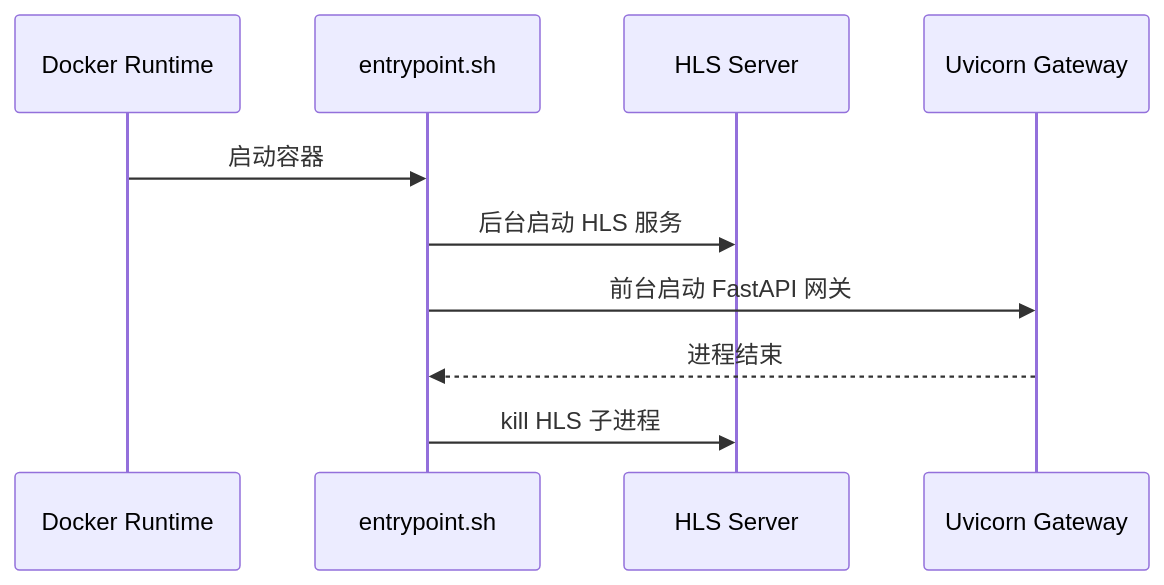
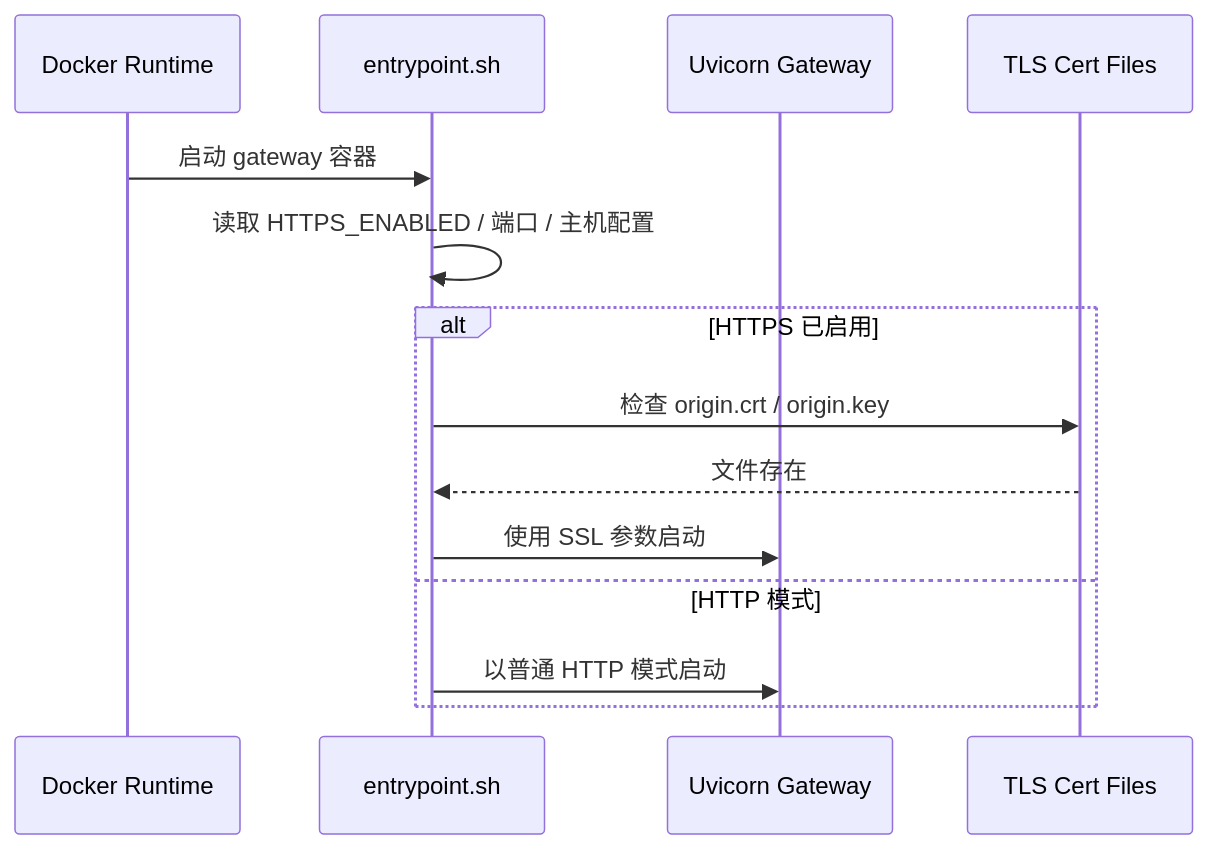
Before and after one commit to 24-Fahed/Live-Project: the third of 6 diagrams in docs/docker-deployment.md, drawn with Mermaid. The commit also changed other lines of this file and 13 other files, not shown here.

````diff
--- a/docs/docker-deployment.md
+++ b/docs/docker-deployment.md
@@ -71,13 +81,17 @@
 ```mermaid
 sequenceDiagram
     participant Docker as Docker Runtime
     participant Entry as entrypoint.sh
-    participant HLS as HLS Server
-    participant API as Uvicorn Gateway
+    participant Uvicorn as Uvicorn Gateway
+    participant Certs as TLS Cert Files
 
-    Docker->>Entry: 启动容器
-    Entry->>HLS: 后台启动 HLS 服务
-    Entry->>API: 前台启动 FastAPI 网关
-    API-->>Entry: 进程结束
-    Entry->>HLS: kill HLS 子进程
+    Docker->>Entry: 启动 gateway 容器
+    Entry->>Entry: 读取 HTTPS_ENABLED / 端口 / 主机配置
+    alt HTTPS 已启用
+        Entry->>Certs: 检查 origin.crt / origin.key
+        Certs-->>Entry: 文件存在
+        Entry->>Uvicorn: 使用 SSL 参数启动
+    else HTTP 模式
+        Entry->>Uvicorn: 以普通 HTTP 模式启动
+    end
 ```
````
